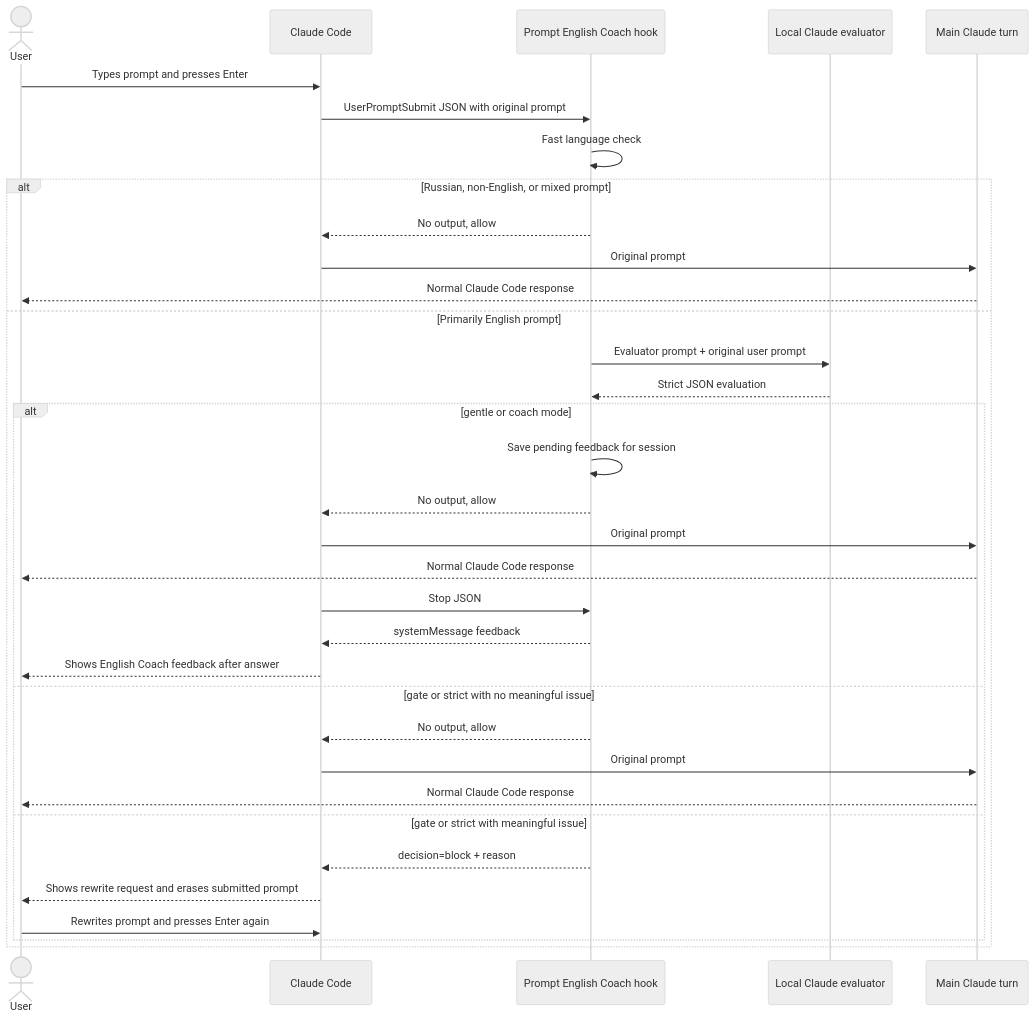
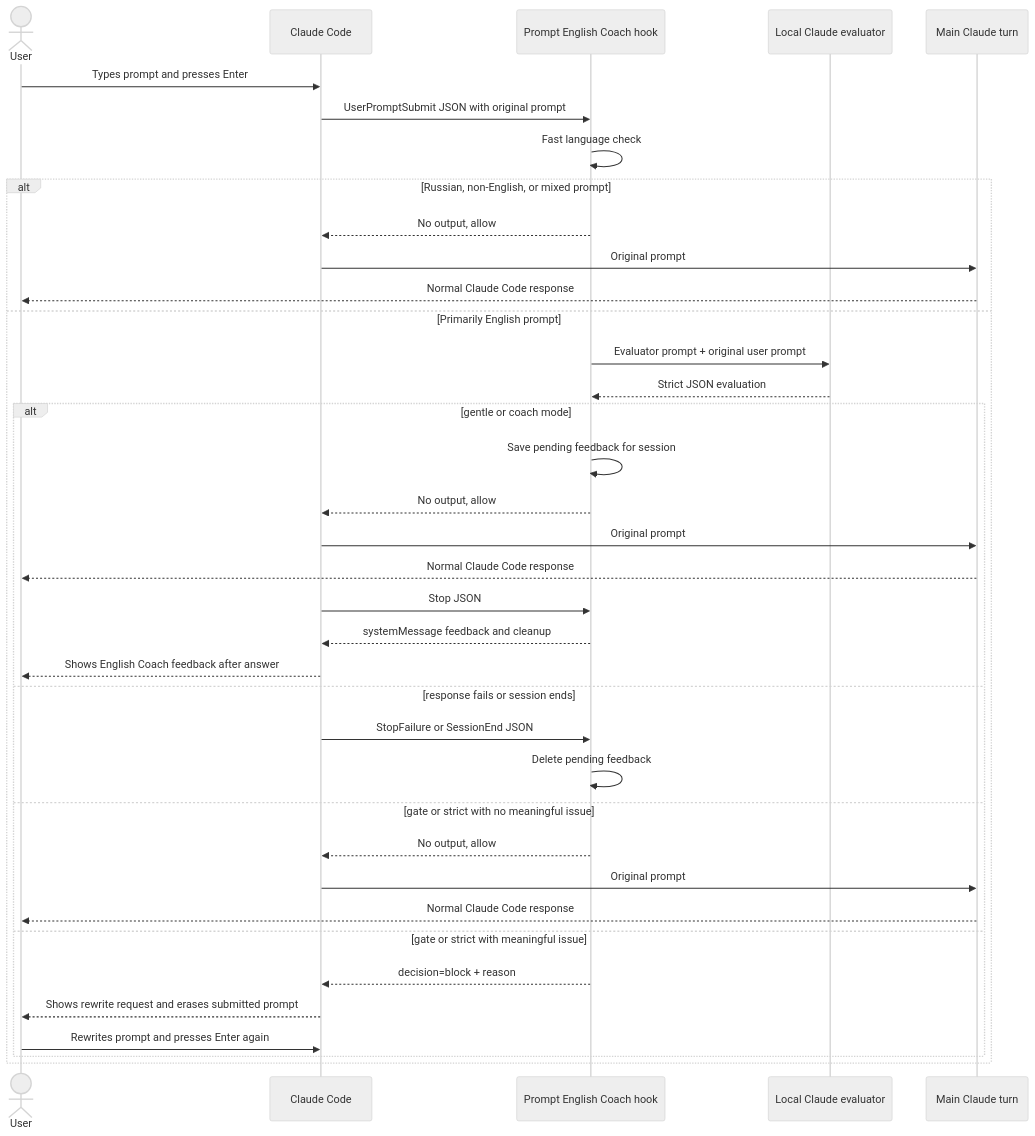
The diagram in docs/implementation-plan/02-design.md (awkoy/prompt-english-coach), drawn with Mermaid (neutral theme) before and after one commit. The commit also changed other lines of this file and 10 other files, not shown here.

Commit message:
fix: harden delayed feedback cleanup

````diff
--- a/docs/implementation-plan/02-design.md
+++ b/docs/implementation-plan/02-design.md
@@ -81,39 +82,42 @@
 ```mermaid
 sequenceDiagram
     actor User
     participant CC as Claude Code
     participant Hook as Prompt English Coach hook
     participant Eval as Local Claude evaluator
     participant Claude as Main Claude turn
 
     User->>CC: Types prompt and presses Enter
     CC->>Hook: UserPromptSubmit JSON with original prompt
     Hook->>Hook: Fast language check
 
     alt Russian, non-English, or mixed prompt
         Hook-->>CC: No output, allow
         CC->>Claude: Original prompt
         Claude-->>User: Normal Claude Code response
     else Primarily English prompt
         Hook->>Eval: Evaluator prompt + original user prompt
         Eval-->>Hook: Strict JSON evaluation
 
         alt gentle or coach mode
             Hook->>Hook: Save pending feedback for session
             Hook-->>CC: No output, allow
             CC->>Claude: Original prompt
             Claude-->>User: Normal Claude Code response
             CC->>Hook: Stop JSON
-            Hook-->>CC: systemMessage feedback
+            Hook-->>CC: systemMessage feedback and cleanup
             CC-->>User: Shows English Coach feedback after answer
+        else response fails or session ends
+            CC->>Hook: StopFailure or SessionEnd JSON
+            Hook->>Hook: Delete pending feedback
         else gate or strict with no meaningful issue
             Hook-->>CC: No output, allow
             CC->>Claude: Original prompt
             Claude-->>User: Normal Claude Code response
         else gate or strict with meaningful issue
             Hook-->>CC: decision=block + reason
             CC-->>User: Shows rewrite request and erases submitted prompt
             User->>CC: Rewrites prompt and presses Enter again
         end
     end
 ```
````
